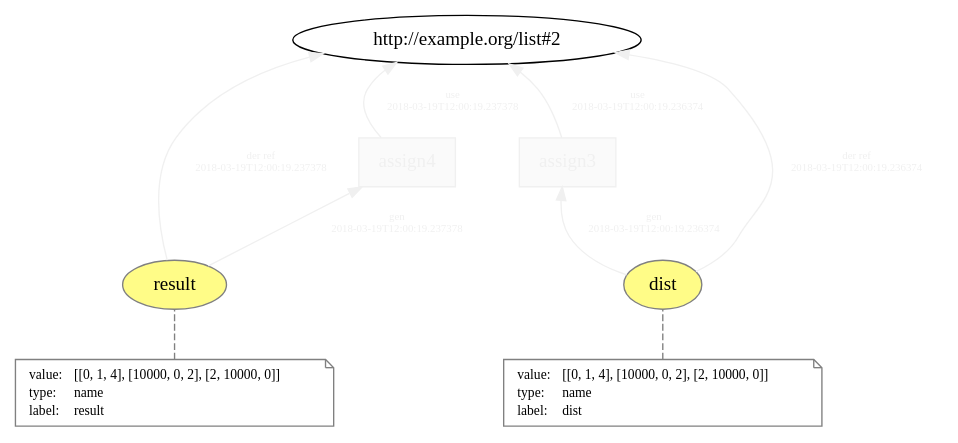
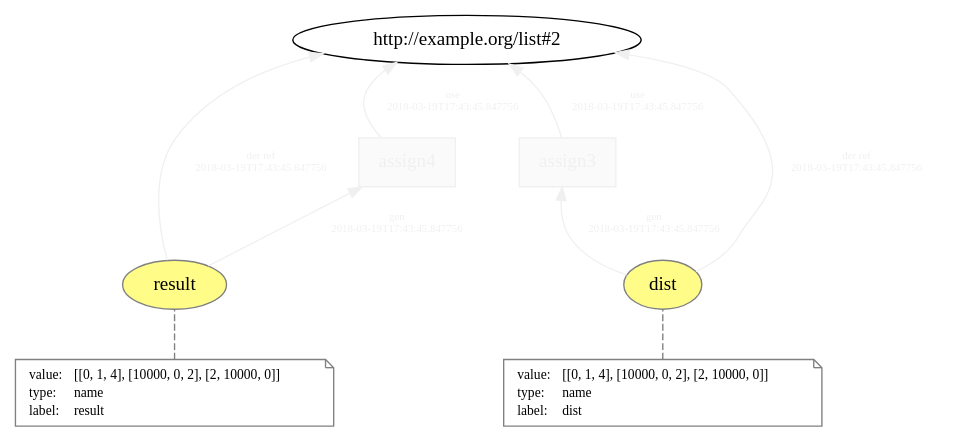
Before and after one commit to dew-uff/versioned-prov: the diagram in generated/intertwined_prov/temp/L4__assign.dot, drawn with Graphviz. The commit also changed 1178 other files, not shown here.

```diff
--- a/generated/intertwined_prov/temp/L4__assign.dot
+++ b/generated/intertwined_prov/temp/L4__assign.dot
@@ -1,48 +1,48 @@
 digraph "PROV" { size="16,12"; rankdir="BT";
 "http://example.org/dist" [fillcolor="#FFFC87",color="#808080",style="filled",label="dist",URL="http://example.org/dist"]
 "-attrs0" [color="gray",shape="note",fontsize="10",fontcolor="black",label=<<TABLE cellpadding="0" border="0">
 	<TR>
 	    <TD align="left">value:</TD>
 	    <TD align="left">[[0, 1, 4], [10000, 0, 2], [2, 10000, 0]]</TD>
 	</TR>
 	<TR>
 	    <TD align="left">type:</TD>
 	    <TD align="left">name</TD>
 	</TR>
 	<TR>
 	    <TD align="left">label:</TD>
 	    <TD align="left">dist</TD>
 	</TR>
 </TABLE>>]
 "-attrs0" -> "http://example.org/dist" [color="gray",style="dashed",arrowhead="none"]
 "http://example.org/assign3" [fillcolor="#FAFAFA",color="#F0F0F0",shape="polygon",sides="4",style="filled",fontcolor="#F0F0F0",label="assign3",URL="http://example.org/assign3"]
 "http://example.org/dist" -> "http://example.org/list#2" [fontsize="8",distance="1.5",angle="60.0",rotation="20",label="der ref
-2018-03-19T12:00:19.236374",fontcolor="#F0F0F0",color="#F0F0F0"]
+2018-03-19T17:43:45.847756",fontcolor="#F0F0F0",color="#F0F0F0"]
 "http://example.org/result" [fillcolor="#FFFC87",color="#808080",style="filled",label="result",URL="http://example.org/result"]
 "-attrs1" [color="gray",shape="note",fontsize="10",fontcolor="black",label=<<TABLE cellpadding="0" border="0">
 	<TR>
 	    <TD align="left">value:</TD>
 	    <TD align="left">[[0, 1, 4], [10000, 0, 2], [2, 10000, 0]]</TD>
 	</TR>
 	<TR>
 	    <TD align="left">type:</TD>
 	    <TD align="left">name</TD>
 	</TR>
 	<TR>
 	    <TD align="left">label:</TD>
 	    <TD align="left">result</TD>
 	</TR>
 </TABLE>>]
 "-attrs1" -> "http://example.org/result" [color="gray",style="dashed",arrowhead="none"]
 "http://example.org/assign4" [fillcolor="#FAFAFA",color="#F0F0F0",shape="polygon",sides="4",style="filled",fontcolor="#F0F0F0",label="assign4",URL="http://example.org/assign4"]
 "http://example.org/result" -> "http://example.org/list#2" [fontsize="8",distance="1.5",angle="60.0",rotation="20",label="der ref
-2018-03-19T12:00:19.237378",fontcolor="#F0F0F0",color="#F0F0F0"]
+2018-03-19T17:43:45.847756",fontcolor="#F0F0F0",color="#F0F0F0"]
 "http://example.org/assign3" -> "http://example.org/list#2" [fontsize="8",distance="1.5",angle="60.0",rotation="20",label="use
-2018-03-19T12:00:19.236374",fontcolor="#F0F0F0",color="#F0F0F0"]
+2018-03-19T17:43:45.847756",fontcolor="#F0F0F0",color="#F0F0F0"]
 "http://example.org/assign4" -> "http://example.org/list#2" [fontsize="8",distance="1.5",angle="60.0",rotation="20",label="use
-2018-03-19T12:00:19.237378",fontcolor="#F0F0F0",color="#F0F0F0"]
+2018-03-19T17:43:45.847756",fontcolor="#F0F0F0",color="#F0F0F0"]
+"http://example.org/result" -> "http://example.org/assign4" [fontsize="8",distance="1.5",angle="60.0",rotation="20",label="gen
+2018-03-19T17:43:45.847756",fontcolor="#F0F0F0",color="#F0F0F0"]
 "http://example.org/dist" -> "http://example.org/assign3" [fontsize="8",distance="1.5",angle="60.0",rotation="20",label="gen
-2018-03-19T12:00:19.236374",fontcolor="#F0F0F0",color="#F0F0F0"]
-"http://example.org/result" -> "http://example.org/assign4" [fontsize="8",distance="1.5",angle="60.0",rotation="20",label="gen
-2018-03-19T12:00:19.237378",fontcolor="#F0F0F0",color="#F0F0F0"]
+2018-03-19T17:43:45.847756",fontcolor="#F0F0F0",color="#F0F0F0"]
 }
```
